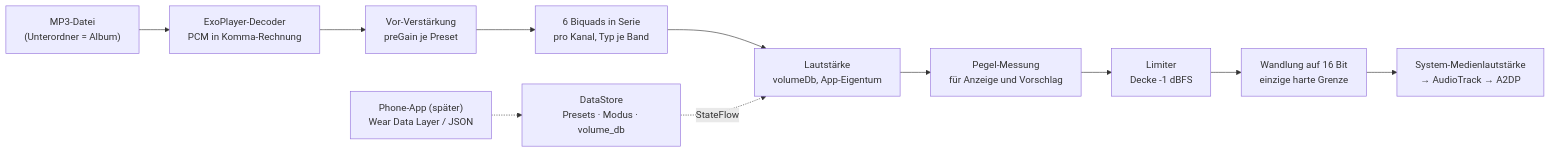
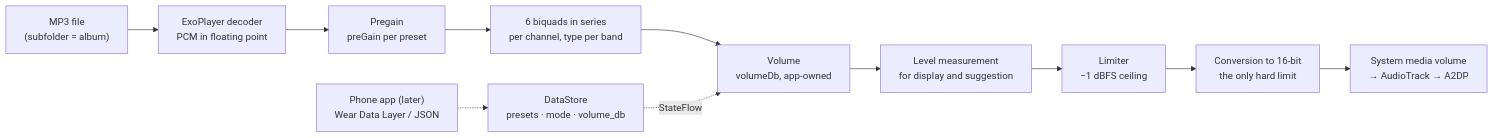
The first of 2 diagrams in NotchedMusic-Watch/plan.md (denis-1337/NotchedMusic), drawn with Mermaid before and after one commit. The commit also changed other lines of this file and 12 other files, not shown here.

````diff
--- a/NotchedMusic-Watch/plan.md
+++ b/NotchedMusic-Watch/plan.md
@@ -22,13 +22,13 @@
 ```mermaid
 flowchart LR
-  A["MP3-Datei<br/>(Unterordner = Album)"] --> B["ExoPlayer-Decoder<br/>PCM in Komma-Rechnung"]
-  B --> C["Vor-Verstärkung<br/>preGain je Preset"]
-  C --> D["6 Biquads in Serie<br/>pro Kanal, Typ je Band"]
-  D --> E["Lautstärke<br/>volumeDb, App-Eigentum"]
-  E --> F["Pegel-Messung<br/>für Anzeige und Vorschlag"]
-  F --> G["Limiter<br/>Decke -1 dBFS"]
-  G --> H["Wandlung auf 16 Bit<br/>einzige harte Grenze"]
-  H --> I["System-Medienlautstärke<br/>→ AudioTrack → A2DP"]
-  J["DataStore<br/>Presets · Modus · volume_db"] -. "StateFlow" .-> E
-  K["Phone-App (später)<br/>Wear Data Layer / JSON"] -.-> J
+  A["MP3 file<br/>(subfolder = album)"] --> B["ExoPlayer decoder<br/>PCM in floating point"]
+  B --> C["Pregain<br/>preGain per preset"]
+  C --> D["6 biquads in series<br/>per channel, type per band"]
+  D --> E["Volume<br/>volumeDb, app-owned"]
+  E --> F["Level measurement<br/>for display and suggestion"]
+  F --> G["Limiter<br/>−1 dBFS ceiling"]
+  G --> H["Conversion to 16-bit<br/>the only hard limit"]
+  H --> I["System media volume<br/>→ AudioTrack → A2DP"]
+  J["DataStore<br/>presets · mode · volume_db"] -. "StateFlow" .-> E
+  K["Phone app (later)<br/>Wear Data Layer / JSON"] -.-> J
 ```
````
